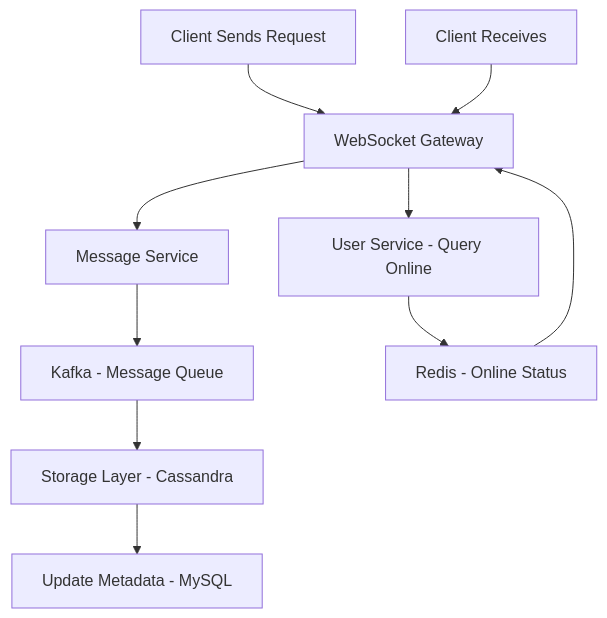
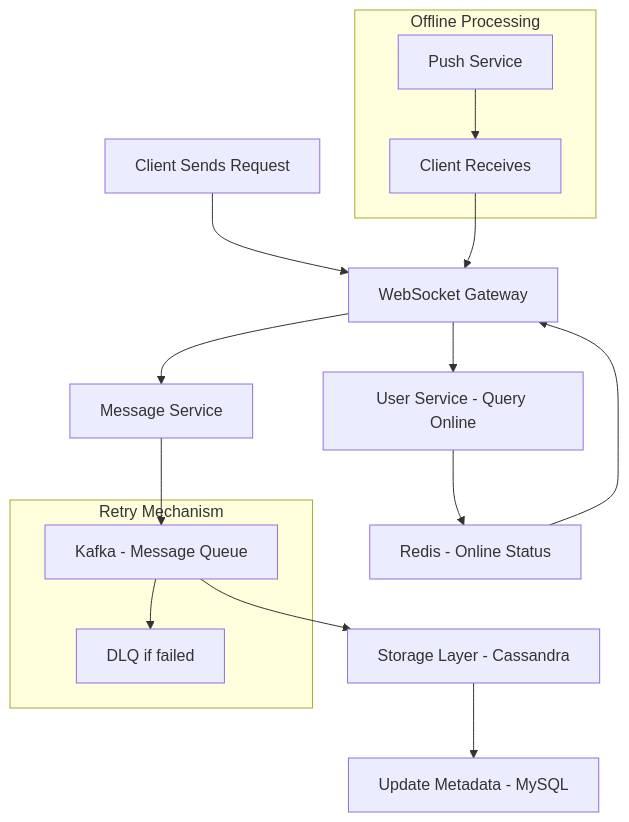
Before and after one commit to zhengstar94/zhengstar94.github.io: the second of 4 diagrams in _projects/4_projectDesignChat.md, drawn with Mermaid. The commit also changed other lines of this file, not shown here.

````diff
--- a/_projects/4_projectDesignChat.md
+++ b/_projects/4_projectDesignChat.md
@@ -225,12 +259,18 @@
 ```mermaid
 graph TD
-A[Client Sends Request] --> B[WebSocket Gateway]
-B --> C[Message Service]
-C --> D[Kafka - Message Queue]
-D --> E[Storage Layer - Cassandra]
-E --> F[Update Metadata - MySQL]
-Client[Client Receives] --> B
-B --> G[User Service - Query Online]
-G --> H[Redis - Online Status]
-H --> B
+    A[Client Sends Request] --> B[WebSocket Gateway]
+    B --> C[Message Service]
+    C --> D[Kafka - Message Queue]
+    D --> E[Storage Layer - Cassandra]
+    E --> F[Update Metadata - MySQL]
+    Client[Client Receives] --> B
+    B --> G[User Service - Query Online]
+    G --> H[Redis - Online Status]
+    H --> B
+    subgraph "Offline Processing"
+        I[Push Service] --> Client
+    end
+    subgraph "Retry Mechanism"
+        D --> J[DLQ if failed]
+    end
 ```
````
